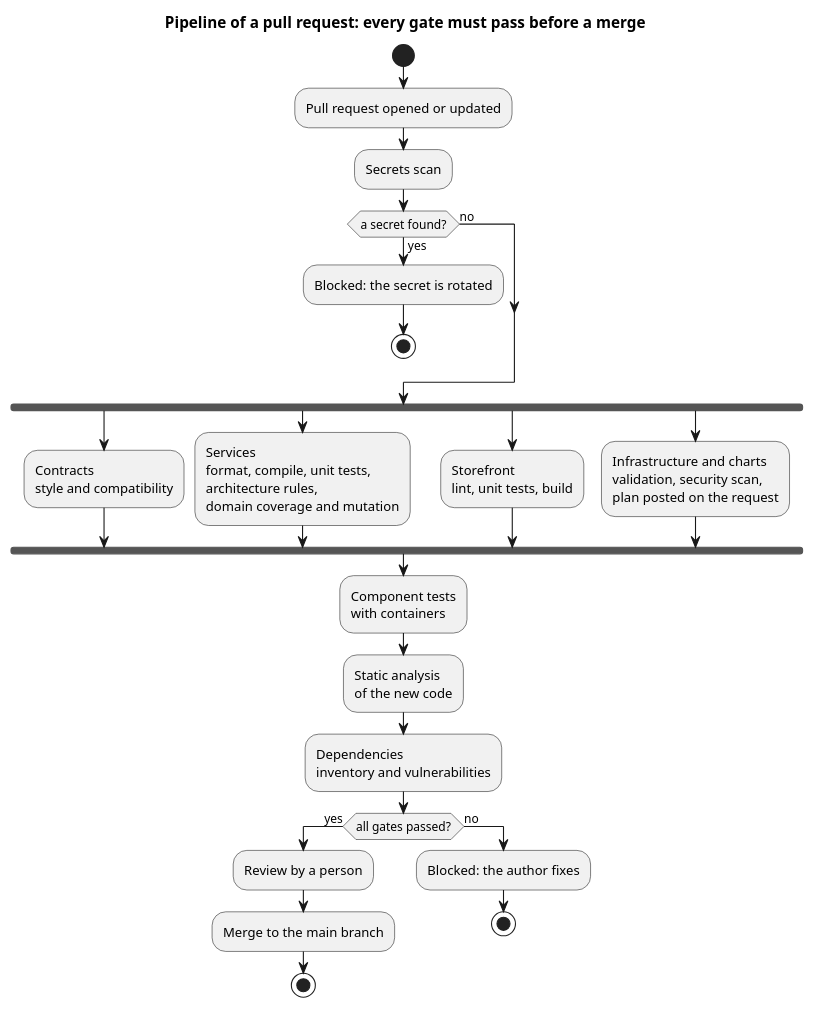
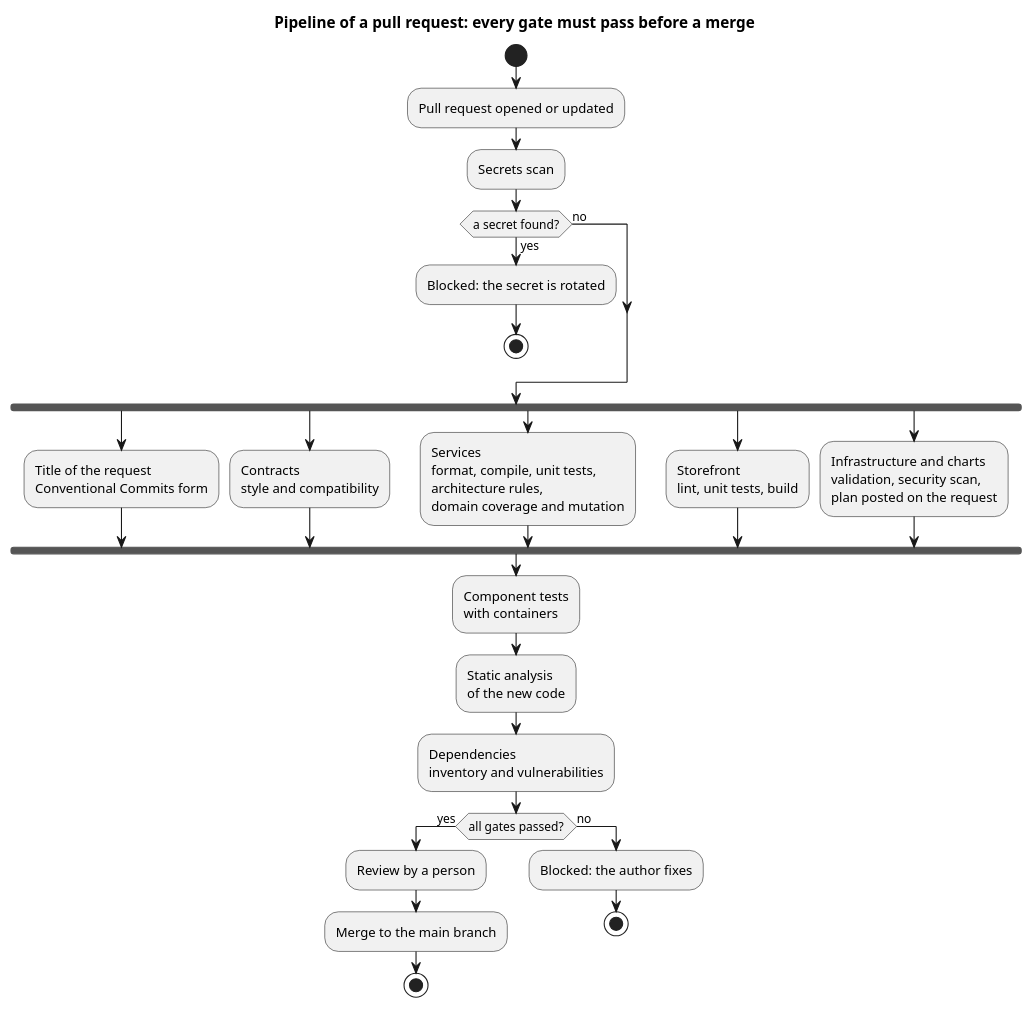
Before and after one commit to AxeloLabs/alten-commerce-platform: the diagram in doc/2-spec/06-platform-operations/diagrams/pipeline-pr.puml, drawn with PlantUML. The commit also changed 5 other files, not shown here.

First line of the commit message:
CLAUDE.md+doc · W42 — spec : commits du produit en Conventional Commits, titre de pull request vérifié (CLAUDE.md, 08-05, 06-05, 08-02, 08-03)

```diff
--- a/doc/2-spec/06-platform-operations/diagrams/pipeline-pr.puml
+++ b/doc/2-spec/06-platform-operations/diagrams/pipeline-pr.puml
@@ -1,31 +1,33 @@
 @startuml
 title Pipeline of a pull request: every gate must pass before a merge
 start
 :Pull request opened or updated;
 :Secrets scan;
 if (a secret found?) then (yes)
   :Blocked: the secret is rotated;
   stop
 else (no)
 endif
 fork
+  :Title of the request\nConventional Commits form;
+fork again
   :Contracts\nstyle and compatibility;
 fork again
   :Services\nformat, compile, unit tests,\narchitecture rules,\ndomain coverage and mutation;
 fork again
   :Storefront\nlint, unit tests, build;
 fork again
   :Infrastructure and charts\nvalidation, security scan,\nplan posted on the request;
 end fork
 :Component tests\nwith containers;
 :Static analysis\nof the new code;
 :Dependencies\ninventory and vulnerabilities;
 if (all gates passed?) then (yes)
   :Review by a person;
   :Merge to the main branch;
   stop
 else (no)
   :Blocked: the author fixes;
   stop
 endif
 @enduml
```
